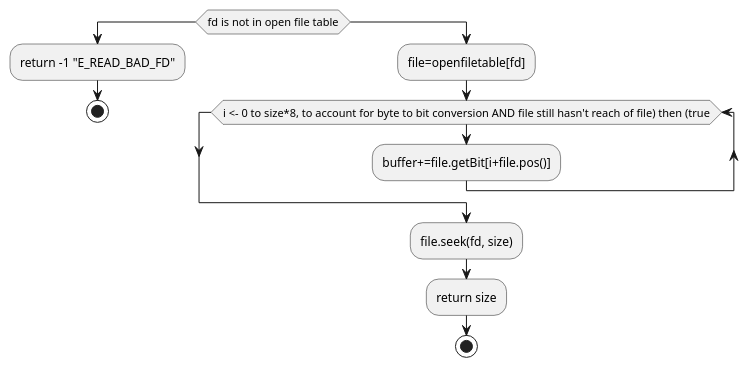
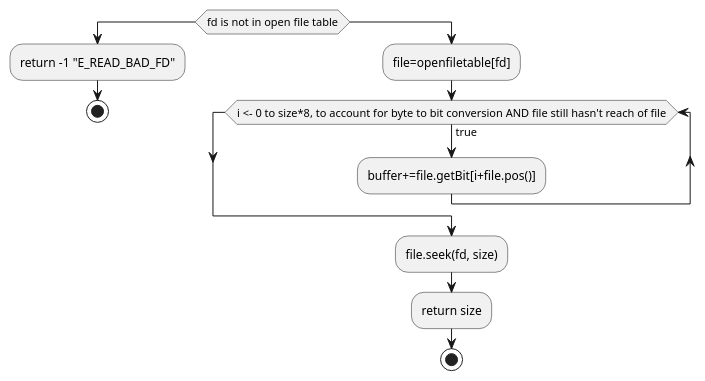
The eighth of 20 diagrams in Plan.org (HawaiinPizza/CIS-450-final-project), drawn with PlantUML before and after one commit. The commit also changed other lines of this file and 7 other files, not shown here.

```diff
--- a/Plan.org
+++ b/Plan.org
@@ -494,18 +501,18 @@
      #+BEGIN_SRC plantuml  :file Plant/FileREAD.png
      @startuml
 	if(fd is not in open file table)
 		:return -1 "E_READ_BAD_FD";
 		stop
 	else
 		:file=openfiletable[fd];
-		while (i <- 0 to size*8, to account for byte to bit conversion AND file still hasn't reach of file) then (true)
+		while (i <- 0 to size*8, to account for byte to bit conversion AND file still hasn't reach of file) is (true)
 			:buffer+=file.getBit[i+file.pos()];
 			
 		endwhile
 		:file.seek(fd, size);
 		:return size;
 		stop
 		
 	endif
 	@enduml
      #+END_SRC
```
